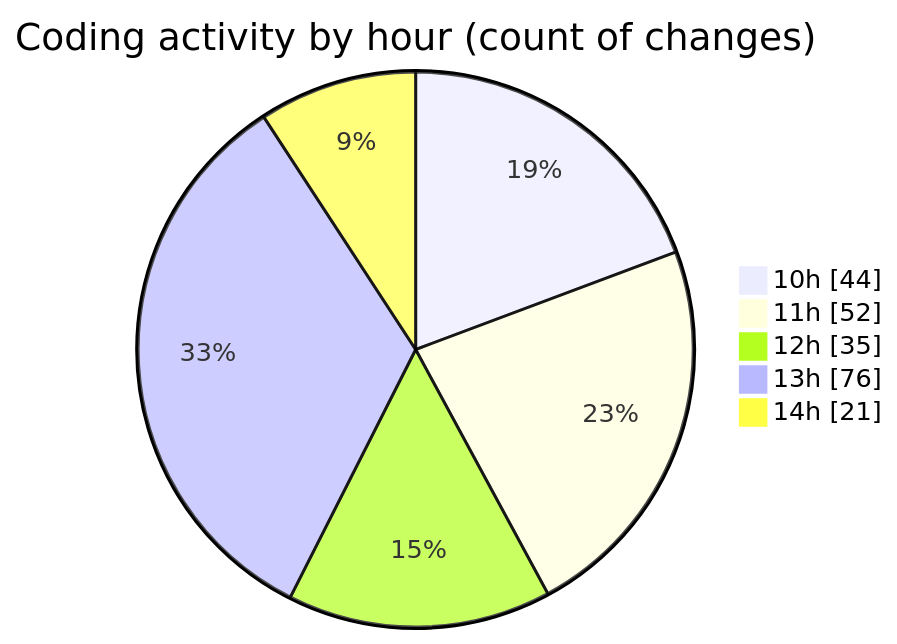
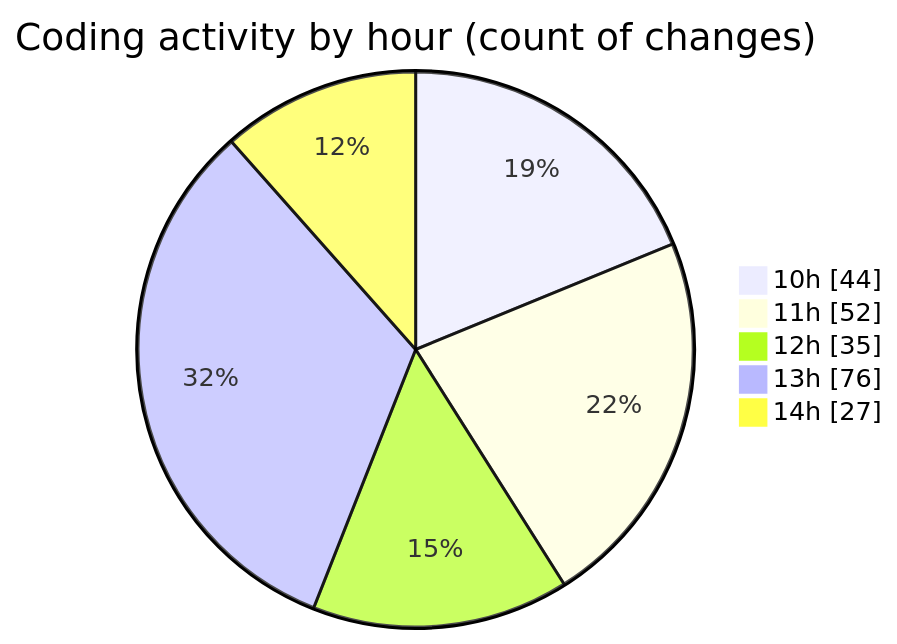
The second of 2 diagrams in 2025-08-28/cda/README.md (momahboobian/code-tracking), drawn with Mermaid before and after one commit. The commit also changed other lines of this file and 1 other file, not shown here.

````diff
--- a/2025-08-28/cda/README.md
+++ b/2025-08-28/cda/README.md
@@ -36,9 +37,9 @@
 ```mermaid
 pie showData
 title Coding activity by hour (count of changes)
 "10h" : 44
 "11h" : 52
 "12h" : 35
 "13h" : 76
-"14h" : 21
+"14h" : 27
 ```
````
